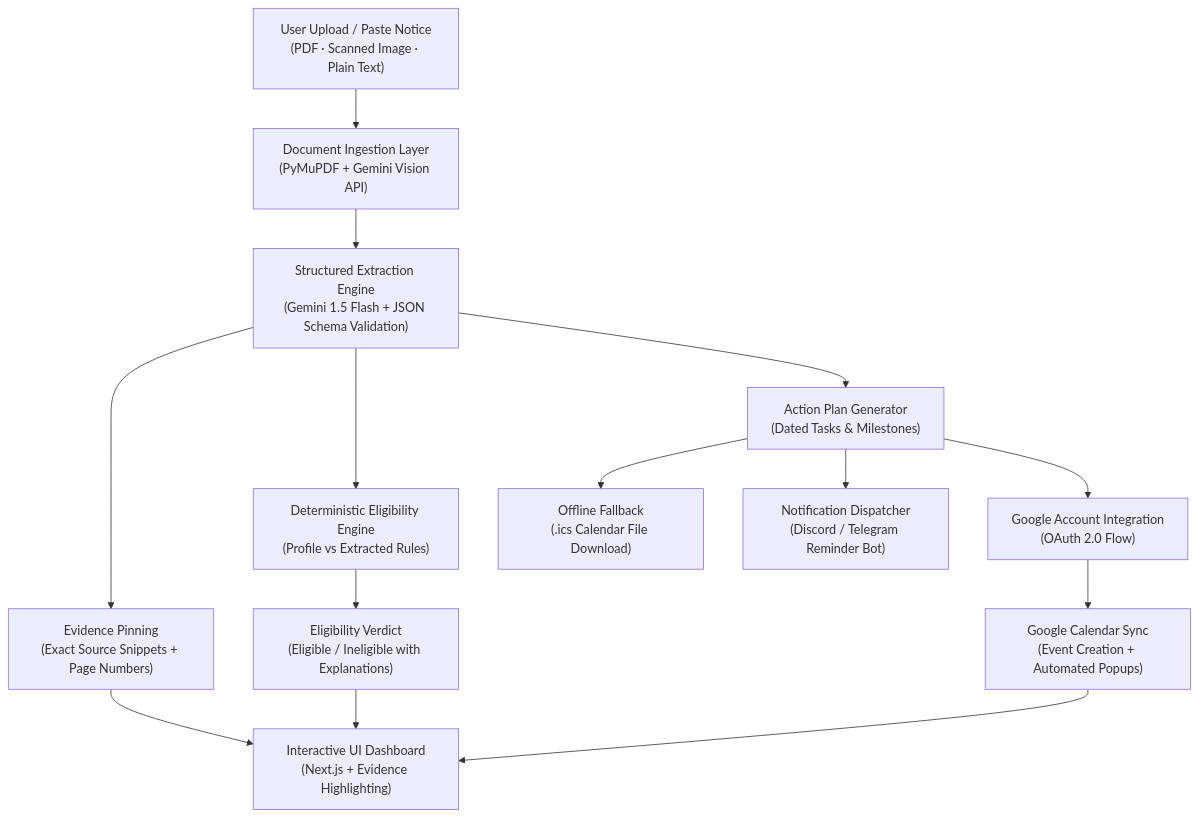
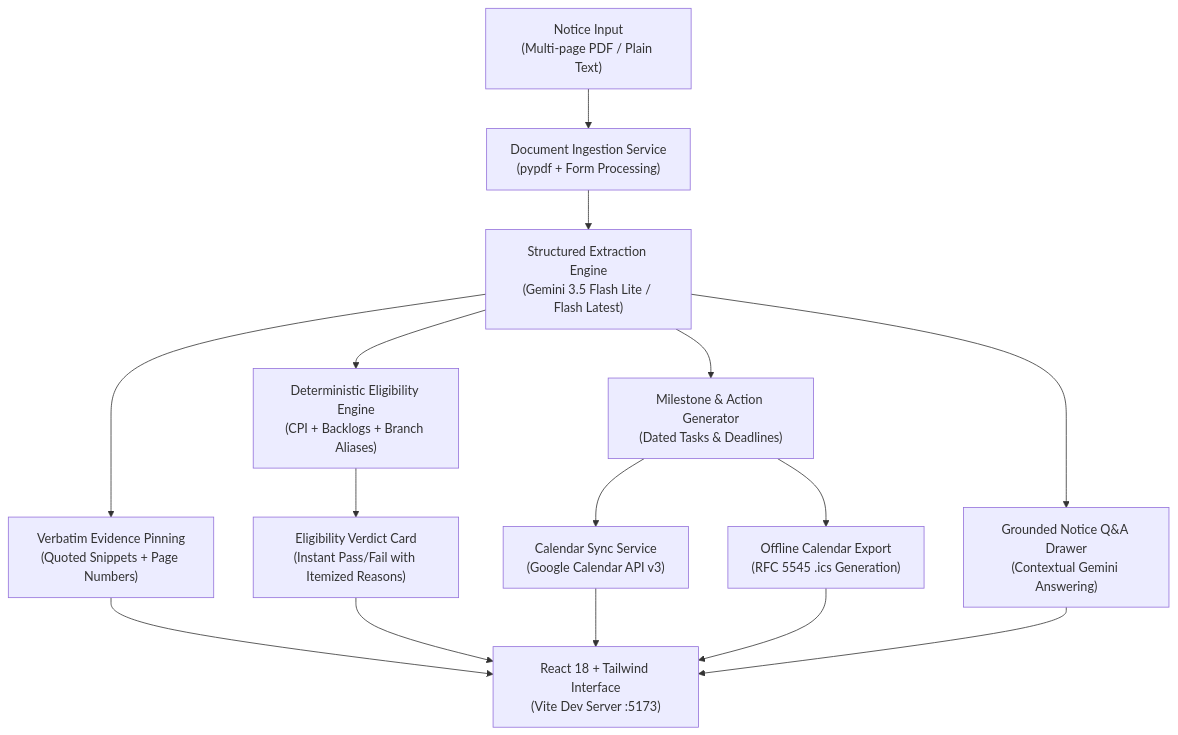
The diagram in README.md (Yashwardhan61/DocuPilot), drawn with Mermaid before and after one commit. The commit also changed other lines of this file, not shown here.

````diff
--- a/README.md
+++ b/README.md
@@ -96,21 +48,21 @@
 ```mermaid
 flowchart TD
-    A["User Upload / Paste Notice\n(PDF · Scanned Image · Plain Text)"] --> B["Document Ingestion Layer\n(PyMuPDF + Gemini Vision API)"]
-    B --> C["Structured Extraction Engine\n(Gemini 1.5 Flash + JSON Schema Validation)"]
-  
-    C --> D["Evidence Pinning\n(Exact Source Snippets + Page Numbers)"]
-    C --> E["Deterministic Eligibility Engine\n(Profile vs Extracted Rules)"]
-    C --> F["Action Plan Generator\n(Dated Tasks & Milestones)"]
-  
-    E --> G["Eligibility Verdict\n(Eligible / Ineligible with Explanations)"]
-  
-    F --> H["Google Account Integration\n(OAuth 2.0 Flow)"]
-    H --> I["Google Calendar Sync\n(Event Creation + Automated Popups)"]
-  
-    F --> J["Offline Fallback\n(.ics Calendar File Download)"]
-    F --> K["Notification Dispatcher\n(Discord / Telegram Reminder Bot)"]
-  
-    D --> L["Interactive UI Dashboard\n(Next.js + Evidence Highlighting)"]
-    G --> L
-    I --> L
+    A["Notice Input\n(Multi-page PDF / Plain Text)"] --> B["Document Ingestion Service\n(pypdf + Form Processing)"]
+    B --> C["Structured Extraction Engine\n(Gemini 3.5 Flash Lite / Flash Latest)"]
+    
+    C --> D["Verbatim Evidence Pinning\n(Quoted Snippets + Page Numbers)"]
+    C --> E["Deterministic Eligibility Engine\n(CPI + Backlogs + Branch Aliases)"]
+    C --> F["Milestone & Action Generator\n(Dated Tasks & Deadlines)"]
+    
+    E --> G["Eligibility Verdict Card\n(Instant Pass/Fail with Itemized Reasons)"]
+    
+    F --> H["Calendar Sync Service\n(Google Calendar API v3)"]
+    F --> I["Offline Calendar Export\n(RFC 5545 .ics Generation)"]
+    
+    D --> J["React 18 + Tailwind Interface\n(Vite Dev Server :5173)"]
+    G --> J
+    H --> J
+    I --> J
+    C --> K["Grounded Notice Q&A Drawer\n(Contextual Gemini Answering)"]
+    K --> J
 ```
````
